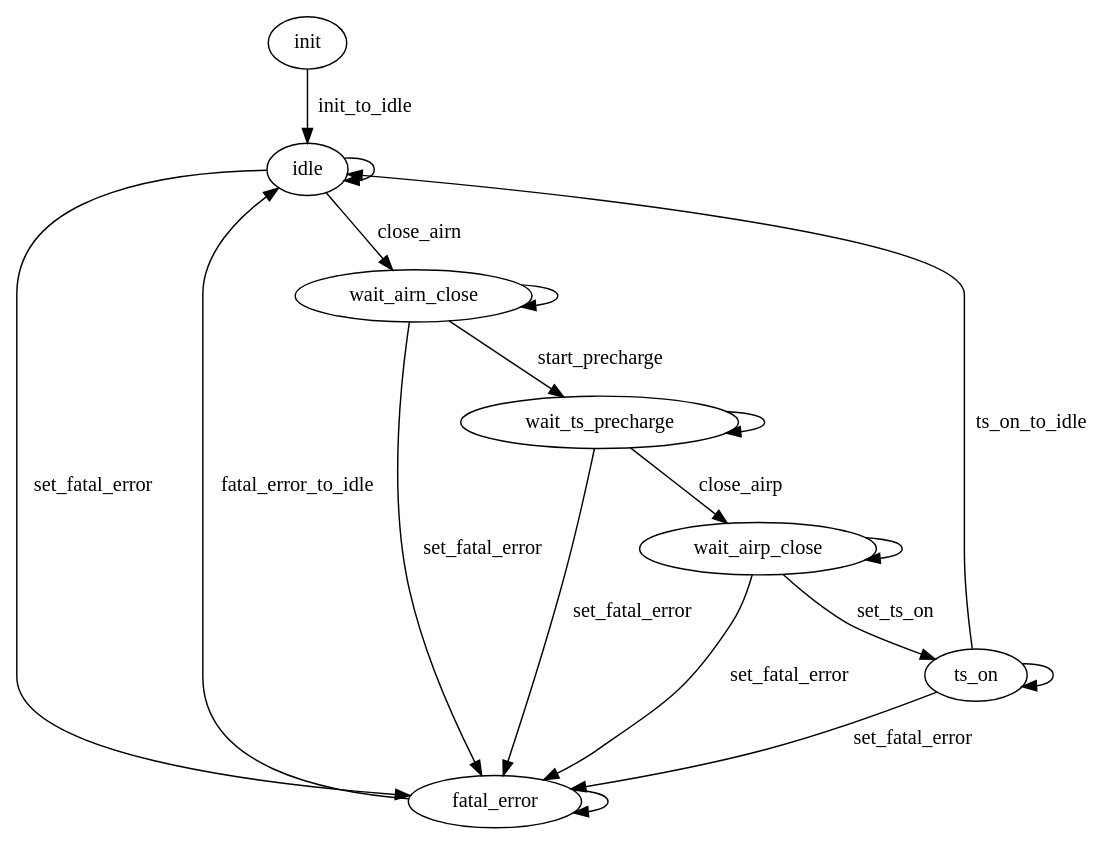
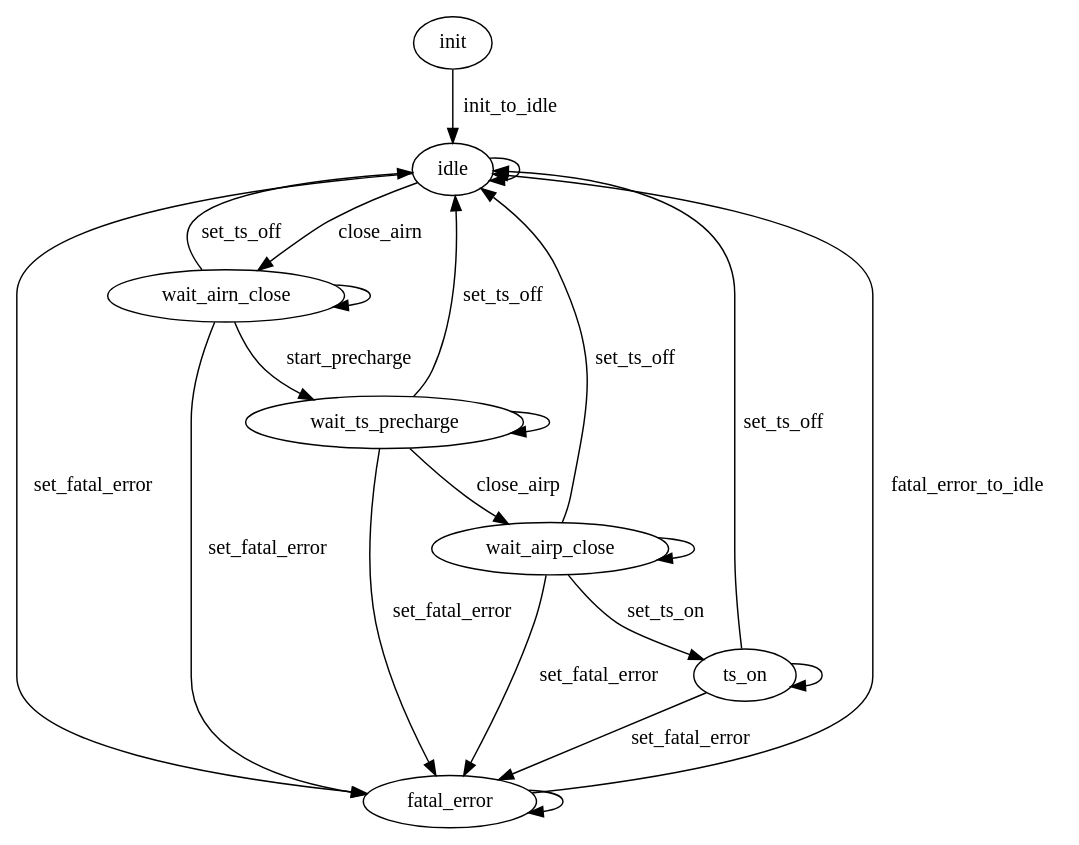
Before and after one commit to eagletrt/fenice-bms-hv-sw: the diagram in docs/mainboard/bms_fsm.dot, drawn with Graphviz. The commit also changed 15 other files, not shown here.

```diff
--- a/docs/mainboard/bms_fsm.dot
+++ b/docs/mainboard/bms_fsm.dot
@@ -1,35 +1,38 @@
 digraph "bms_hv_fsm" {
     
     init
     idle
     fatal_error
     wait_airn_close
     wait_ts_precharge
     wait_airp_close
     ts_on
 
     init -> idle [label="init_to_idle"]
 
     idle -> idle
     idle -> fatal_error [label="set_fatal_error"]
     idle -> wait_airn_close [label="close_airn"]
 
     wait_airn_close -> wait_airn_close
     wait_airn_close -> fatal_error [label="set_fatal_error"]
+    wait_airn_close -> idle [label="set_ts_off"]
     wait_airn_close -> wait_ts_precharge [label="start_precharge"]
 
     wait_ts_precharge -> wait_ts_precharge
     wait_ts_precharge -> fatal_error [label="set_fatal_error"]
+    wait_ts_precharge -> idle [label="set_ts_off"]
     wait_ts_precharge -> wait_airp_close [label="close_airp"]
 
     wait_airp_close -> wait_airp_close
     wait_airp_close -> fatal_error [label="set_fatal_error"]
+    wait_airp_close -> idle [label="set_ts_off"]
     wait_airp_close -> ts_on [label="set_ts_on"]
 
     ts_on -> ts_on
     ts_on -> fatal_error [label="set_fatal_error"]
-    ts_on -> idle [label="ts_on_to_idle"]
+    ts_on -> idle [label="set_ts_off"]
 
     fatal_error -> fatal_error
     fatal_error -> idle [label="fatal_error_to_idle"]
 }
```
